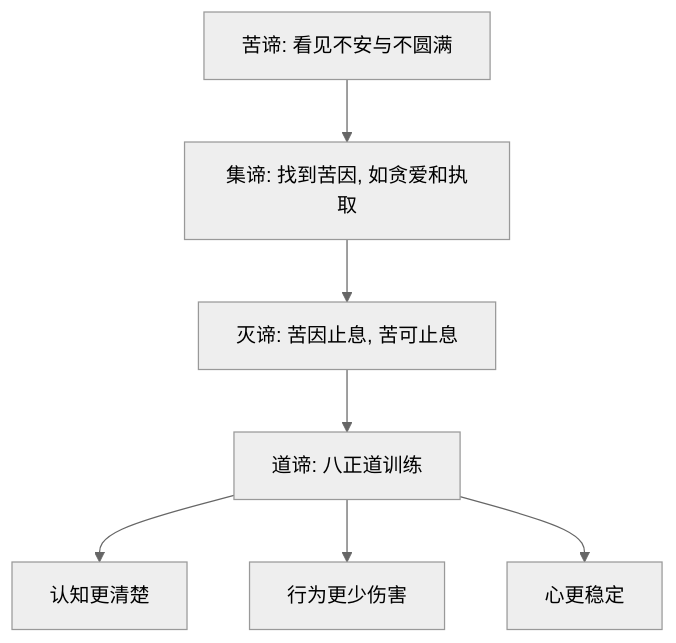
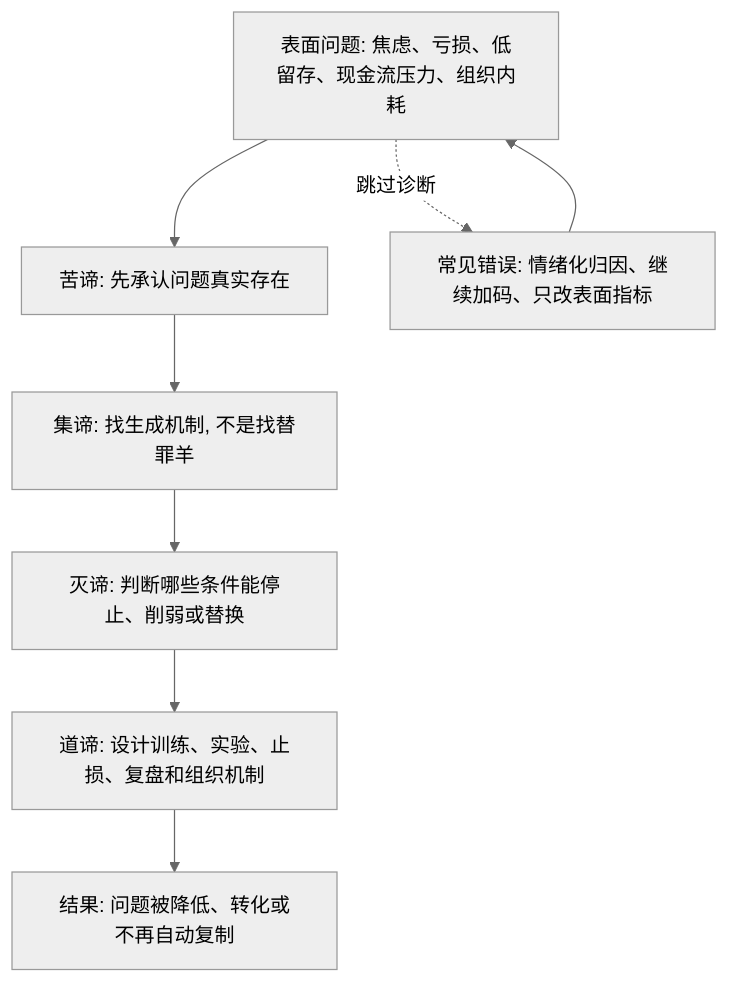
One commit to digoal/blog changed the diagram in 202605/20260518_65.md. Above: the diagram before and after it, drawn with Mermaid (neutral theme). The commit also changed other lines of this file and 15 other files, not shown here.

````diff
--- a/202605/20260518_65.md
+++ b/202605/20260518_65.md
@@ -22,9 +24,10 @@
 ```mermaid
 flowchart TD
-  A["苦谛: 看见不安与不圆满"] --> B["集谛: 找到苦因, 如贪爱和执取"]
-  B --> C["灭谛: 苦因止息, 苦可止息"]
-  C --> D["道谛: 八正道训练"]
-  D --> E["认知更清楚"]
-  D --> F["行为更少伤害"]
-  D --> G["心更稳定"]
+  A["表面问题: 焦虑、亏损、低留存、现金流压力、组织内耗"] --> B["苦谛: 先承认问题真实存在"]
+  B --> C["集谛: 找生成机制, 不是找替罪羊"]
+  C --> D["灭谛: 判断哪些条件能停止、削弱或替换"]
+  D --> E["道谛: 设计训练、实验、止损、复盘和组织机制"]
+  E --> F["结果: 问题被降低、转化或不再自动复制"]
+  A -. "跳过诊断" .-> G["常见错误: 情绪化归因、继续加码、只改表面指标"]
+  G --> A
 ```
````
